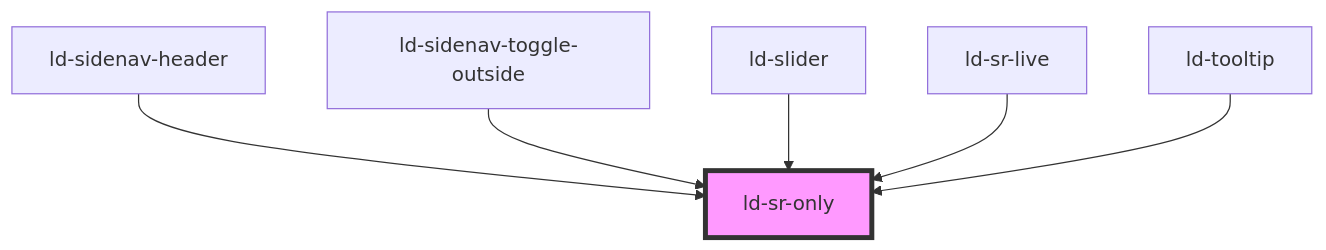
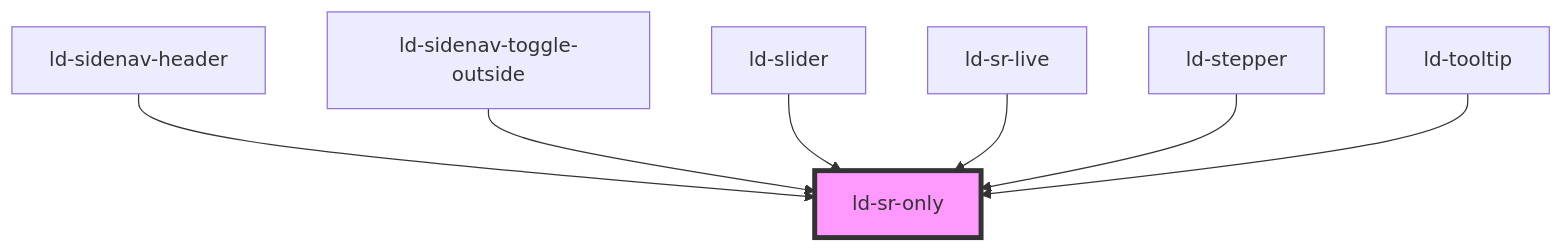
The diagram in src/liquid/components/ld-sr-only/readme.md (emdgroup-liquid/liquid), drawn with Mermaid before and after one commit. The commit also changed other lines of this file and 9 other files, not shown here.

````diff
--- a/src/liquid/components/ld-sr-only/readme.md
+++ b/src/liquid/components/ld-sr-only/readme.md
@@ -53,9 +54,10 @@
 ```mermaid
 graph TD;
   ld-sidenav-header --> ld-sr-only
   ld-sidenav-toggle-outside --> ld-sr-only
   ld-slider --> ld-sr-only
   ld-sr-live --> ld-sr-only
+  ld-stepper --> ld-sr-only
   ld-tooltip --> ld-sr-only
   style ld-sr-only fill:#f9f,stroke:#333,stroke-width:4px
 ```
````
